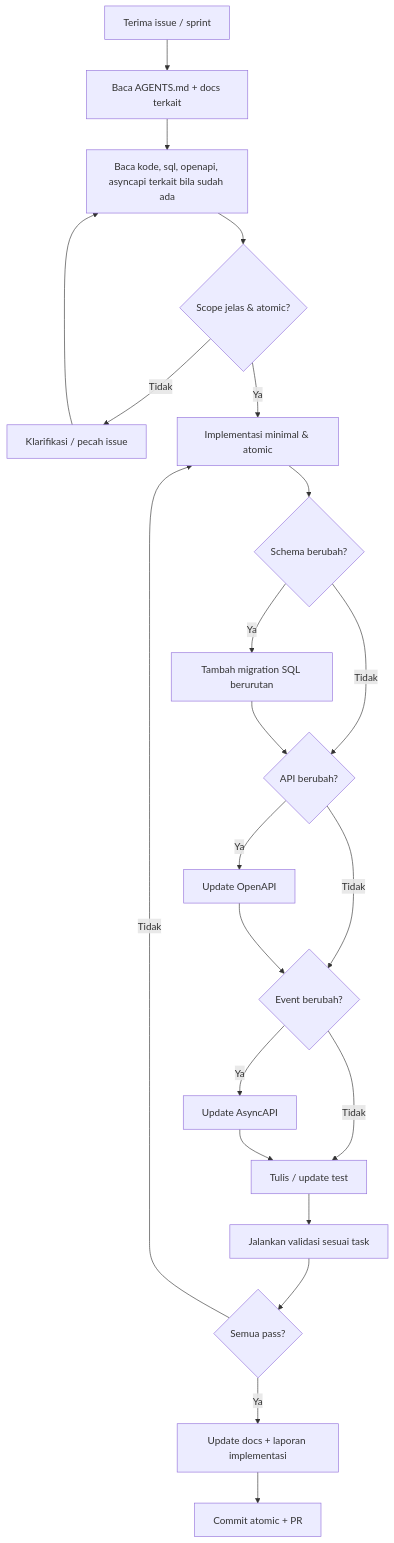
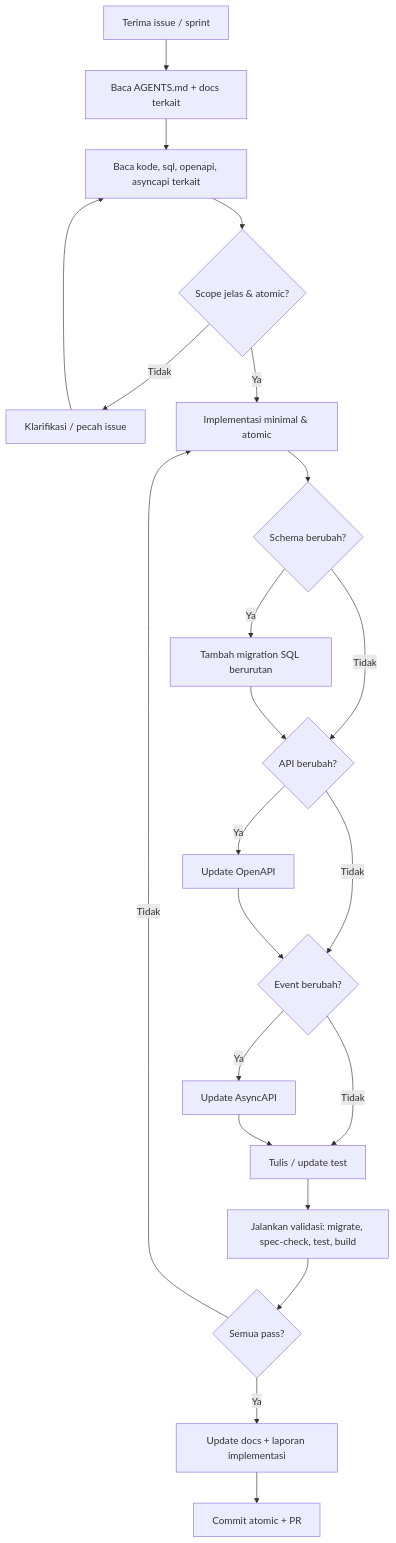
Before and after one commit to ahliweb/awcms-mini: the first of 5 diagrams in AGENTS.md, drawn with Mermaid. The commit also changed other lines of this file and 51 other files, not shown here.

````diff
--- a/AGENTS.md
+++ b/AGENTS.md
@@ -23,24 +24,24 @@
 ```mermaid
 flowchart TD
   A[Terima issue / sprint] --> B[Baca AGENTS.md + docs terkait]
-  B --> C[Baca kode, sql, openapi, asyncapi terkait bila sudah ada]
+  B --> C[Baca kode, sql, openapi, asyncapi terkait]
   C --> D{Scope jelas & atomic?}
   D -- Tidak --> E[Klarifikasi / pecah issue]
   E --> C
   D -- Ya --> F[Implementasi minimal & atomic]
   F --> G{Schema berubah?}
   G -- Ya --> H[Tambah migration SQL berurutan]
   G -- Tidak --> I{API berubah?}
   H --> I
   I -- Ya --> J[Update OpenAPI]
   I -- Tidak --> K{Event berubah?}
   J --> K
   K -- Ya --> L[Update AsyncAPI]
   K -- Tidak --> M[Tulis / update test]
   L --> M
-  M --> N[Jalankan validasi sesuai task]
+  M --> N[Jalankan validasi: migrate, spec-check, test, build]
   N --> O{Semua pass?}
   O -- Tidak --> F
   O -- Ya --> P[Update docs + laporan implementasi]
   P --> Q[Commit atomic + PR]
 ```
````
